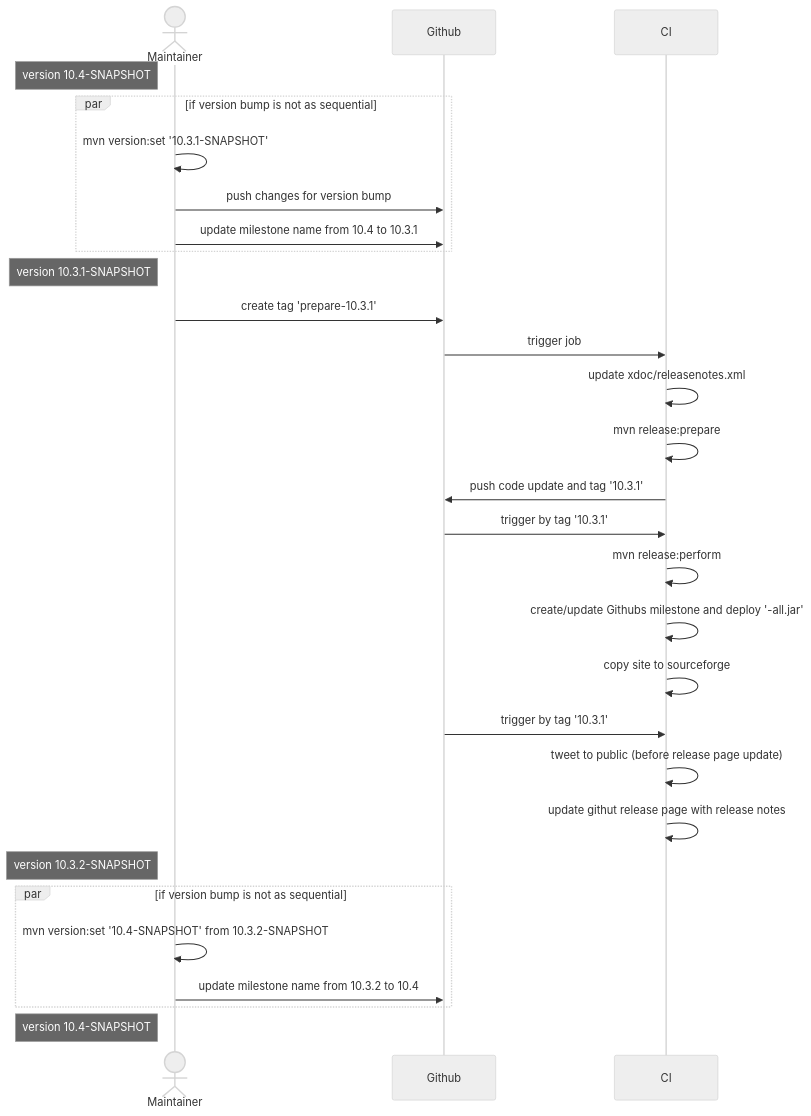
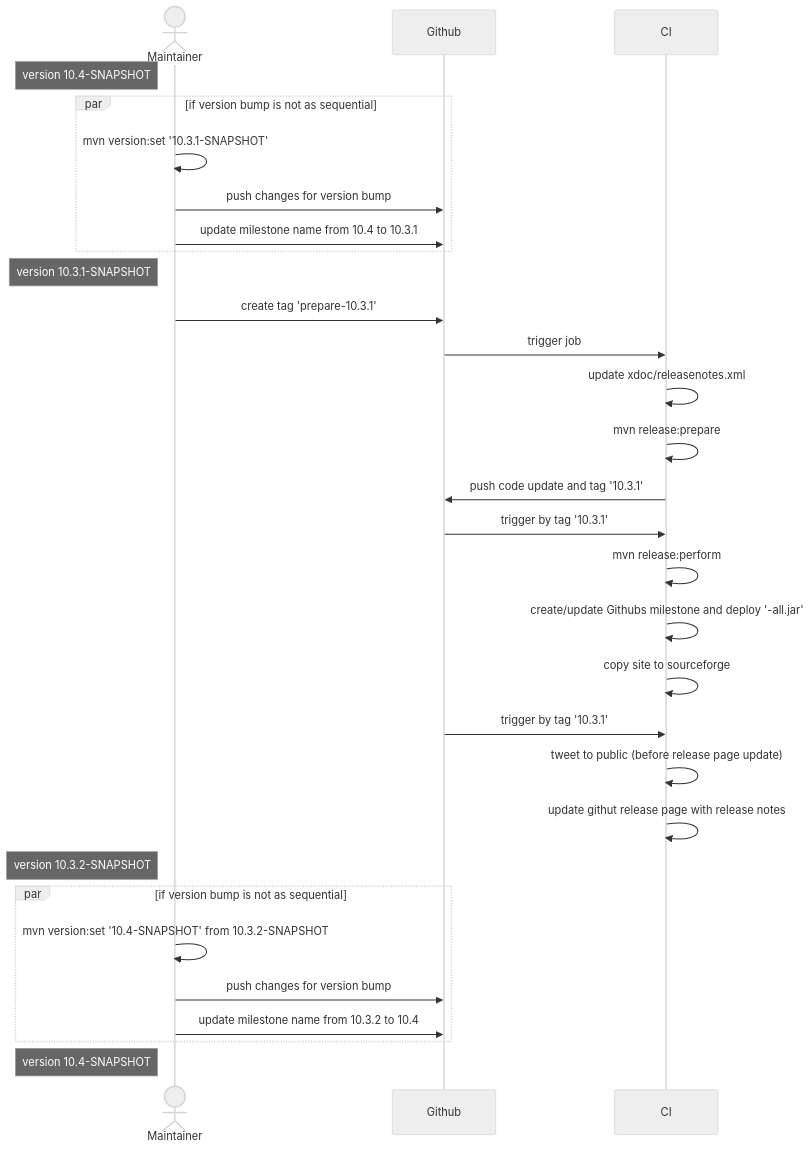
One commit to checkstyle/contribution changed the diagram in releasenotes-builder/diagrams.md. Above: the diagram before and after it, drawn with Mermaid (neutral theme).

Commit message:
doc: release seq diagram

````diff
--- a/releasenotes-builder/diagrams.md
+++ b/releasenotes-builder/diagrams.md
@@ -5,34 +5,35 @@
 ```mermaid
 sequenceDiagram
     actor Maintainer
     participant Github
     participant CI
     Note left of Maintainer: version 10.4-SNAPSHOT
     par if version bump is not as sequential
         Maintainer->>Maintainer: mvn version:set '10.3.1-SNAPSHOT'
         Maintainer->>Github: push changes for version bump
         Maintainer->>Github: update milestone name from 10.4 to 10.3.1
     end
     Note left of Maintainer: version 10.3.1-SNAPSHOT
     Maintainer->>Github: create tag 'prepare-10.3.1'
     Github->>CI: trigger job
     CI->>CI: update xdoc/releasenotes.xml
     CI->>CI: mvn release:prepare
     CI->>Github: push code update and tag '10.3.1'
 
     Github->>CI: trigger by tag '10.3.1'
     CI->>CI: mvn release:perform
     CI->>CI: create/update Githubs milestone and deploy '-all.jar'
     CI->>CI: copy site to sourceforge
 
     Github->>CI: trigger by tag '10.3.1'
     CI->>CI: tweet to public (before release page update)
     CI->>CI: update githut release page with release notes
 
     Note left of Maintainer: version 10.3.2-SNAPSHOT
     par if version bump is not as sequential
         Maintainer->>Maintainer: mvn version:set '10.4-SNAPSHOT' from 10.3.2-SNAPSHOT
+        Maintainer->>Github: push changes for version bump
         Maintainer->>Github: update milestone name from 10.3.2 to 10.4
     end
     Note left of Maintainer: version 10.4-SNAPSHOT
 ```
````
